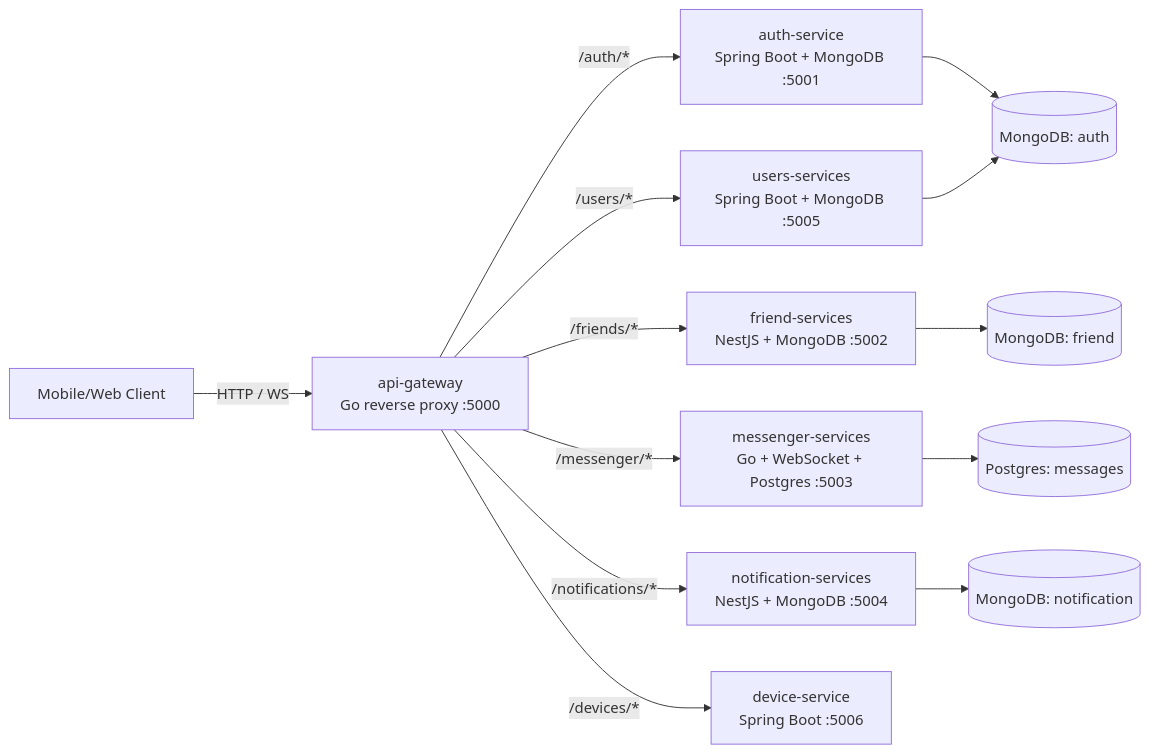
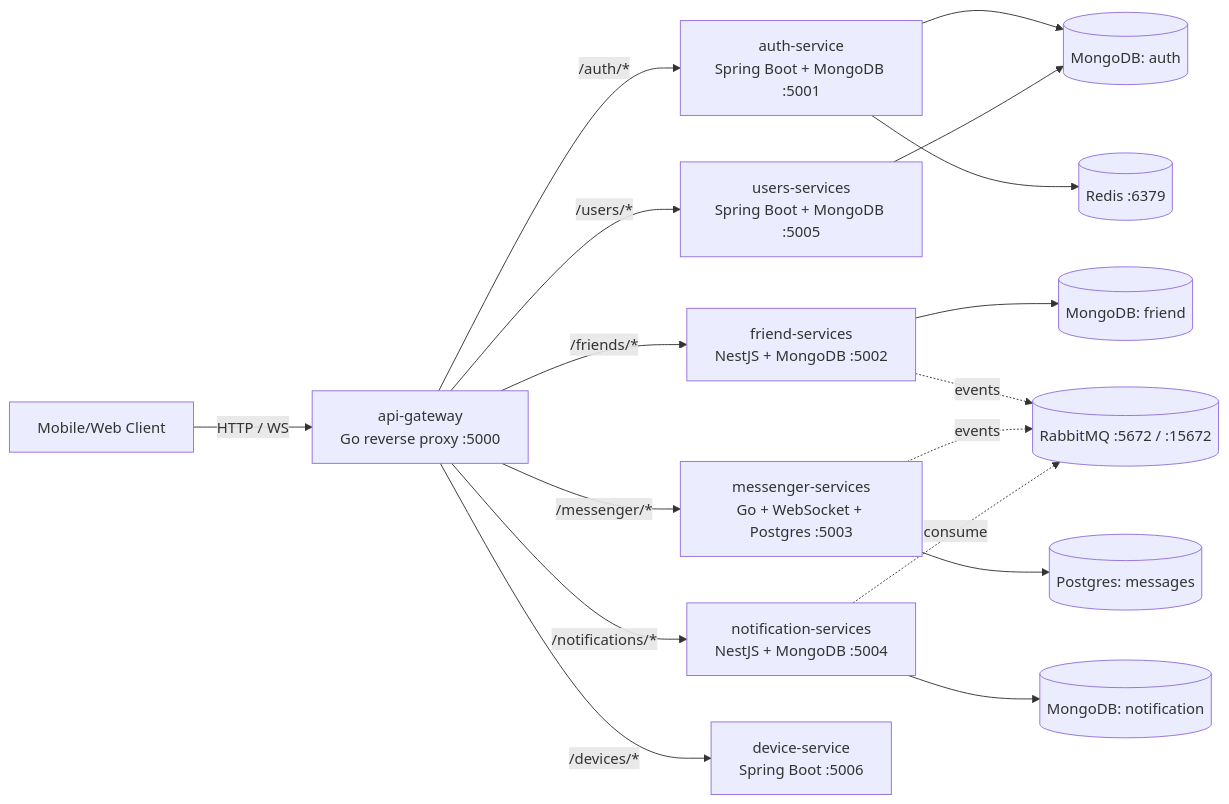
The first of 3 diagrams in README.md (vanloc19/backend-chat-app), drawn with Mermaid before and after one commit. The commit also changed other lines of this file and 26 other files, not shown here.

````diff
--- a/README.md
+++ b/README.md
@@ -7,32 +7,38 @@
 ```mermaid
 flowchart LR
   Client[Mobile/Web Client]
   GW[api-gateway\nGo reverse proxy :5000]
 
   Auth[auth-service\nSpring Boot + MongoDB :5001]
   Friend[friend-services\nNestJS + MongoDB :5002]
   Msg[messenger-services\nGo + WebSocket + Postgres :5003]
   Notif[notification-services\nNestJS + MongoDB :5004]
   Users[users-services\nSpring Boot + MongoDB :5005]
   Device[device-service\nSpring Boot :5006]
+  Redis[(Redis :6379)]
+  Rabbit[(RabbitMQ :5672 / :15672)]
 
   MongoAuth[(MongoDB: auth)]
   MongoFriend[(MongoDB: friend)]
   MongoNotif[(MongoDB: notification)]
   PgMsg[(Postgres: messages)]
 
   Client -->|HTTP / WS| GW
 
   GW -->|/auth/*| Auth
   GW -->|/friends/*| Friend
   GW -->|/messenger/*| Msg
   GW -->|/notifications/*| Notif
   GW -->|/users/*| Users
   GW -->|/devices/*| Device
 
   Auth --> MongoAuth
+  Auth --> Redis
   Friend --> MongoFriend
   Notif --> MongoNotif
   Msg --> PgMsg
   Users --> MongoAuth
+  Friend -.events.-> Rabbit
+  Msg -.events.-> Rabbit
+  Notif -.consume.-> Rabbit
 ```
````
